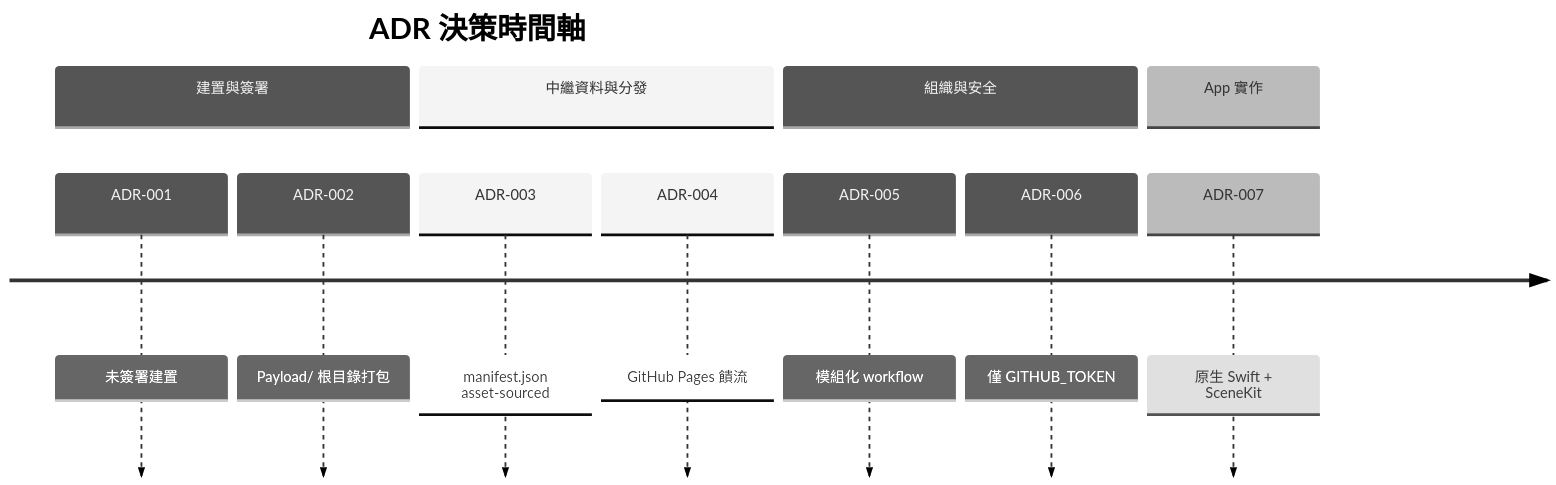
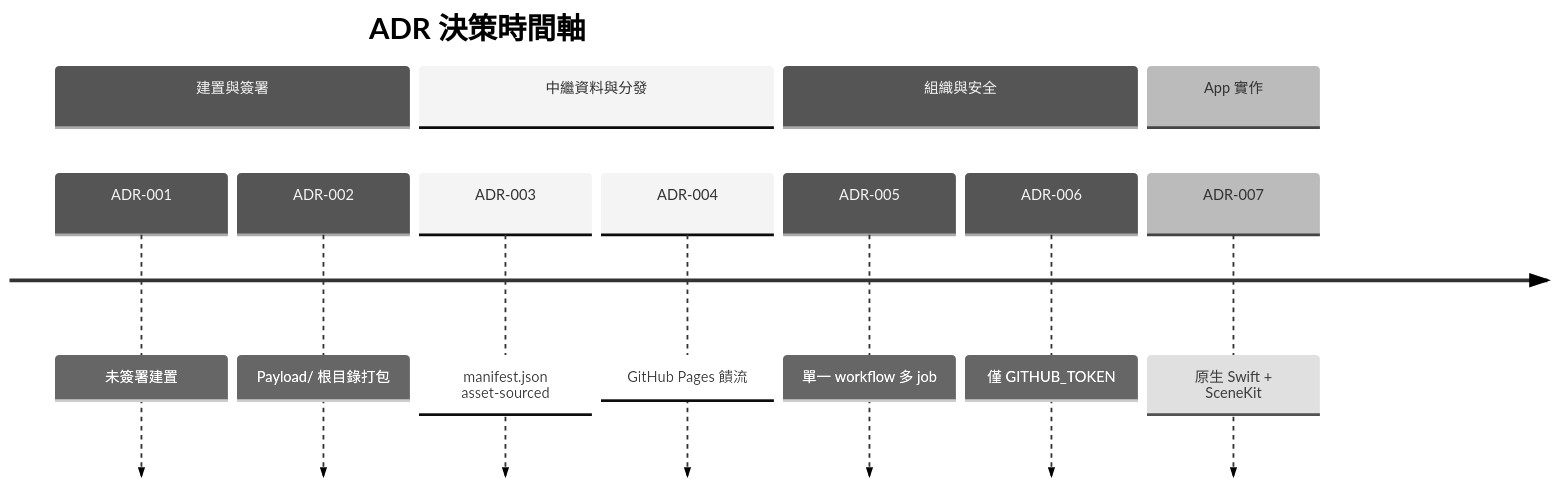
One commit to Mcc-Mak/ios-app changed the diagram in docbase/adr.md. Above: the diagram before and after it, drawn with Mermaid (neutral theme). The commit also changed other lines of this file and 28 other files, not shown here.

````diff
--- a/docbase/adr.md
+++ b/docbase/adr.md
@@ -5,15 +5,15 @@
 ```mermaid
 timeline
     title ADR 決策時間軸
     section 建置與簽署
         ADR-001 : 未簽署建置
         ADR-002 : Payload/ 根目錄打包
     section 中繼資料與分發
         ADR-003 : manifest.json asset-sourced
         ADR-004 : GitHub Pages 饋流
     section 組織與安全
-        ADR-005 : 模組化 workflow
+        ADR-005 : 單一 workflow 多 job
         ADR-006 : 僅 GITHUB_TOKEN
     section App 實作
         ADR-007 : 原生 Swift + SceneKit
 ```
````
